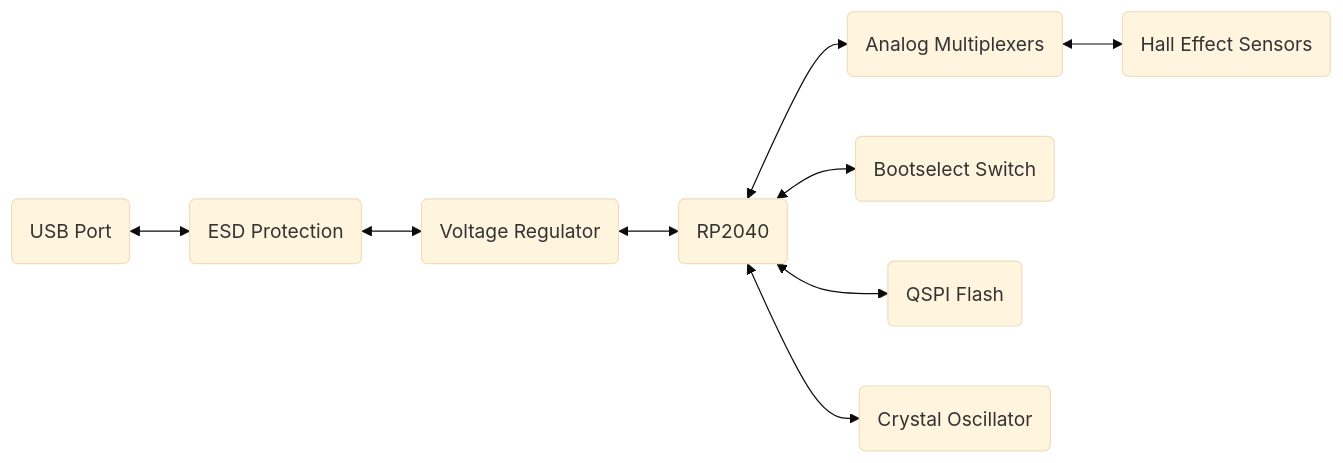
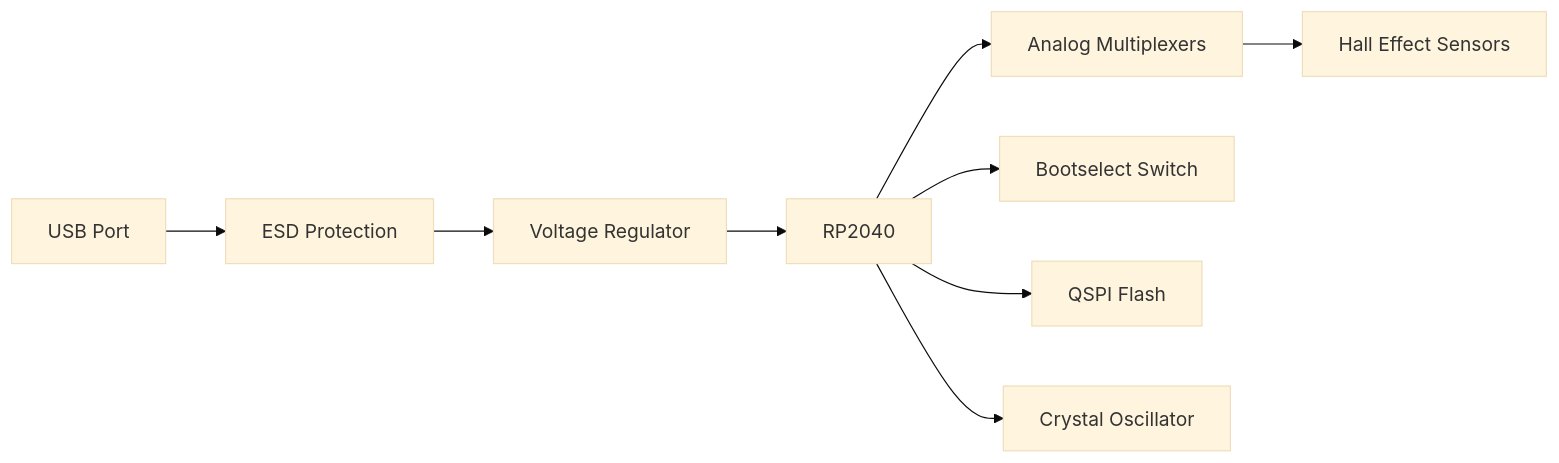
One commit to paullj/paullj.com changed the diagram in content/posts/learning-pcb-design-and-embedded-rust.md. Above: the diagram before and after it, drawn with Mermaid (base theme). The commit also changed 37 other files, not shown here.

````diff
--- a/content/posts/learning-pcb-design-and-embedded-rust.md
+++ b/content/posts/learning-pcb-design-and-embedded-rust.md
@@ -45,11 +45,11 @@
 ```mermaid
 graph LR
-    A(USB Port) <--> B(ESD Protection)
-    B <--> C(Voltage Regulator)
-    C <--> D(RP2040)
-    D <--> E(Analog Multiplexers)
-    E <--> F(Hall Effect Sensors)
-    D <--> G(Bootselect Switch)
-    D <--> H(QSPI Flash)
-    D <--> I(Crystal Oscillator)
+    A[USB Port] --> B[ESD Protection]
+    B --> C[Voltage Regulator]
+    C --> D[RP2040]
+    D --> E[Analog Multiplexers]
+    E --> F[Hall Effect Sensors]
+    D --> G[Bootselect Switch]
+    D --> H[QSPI Flash]
+    D --> I[Crystal Oscillator]
 ```
````
